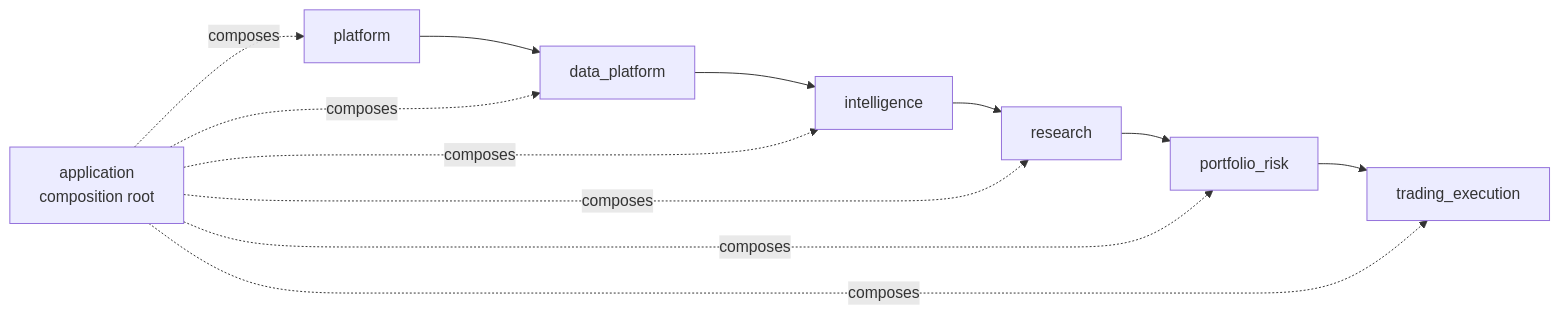
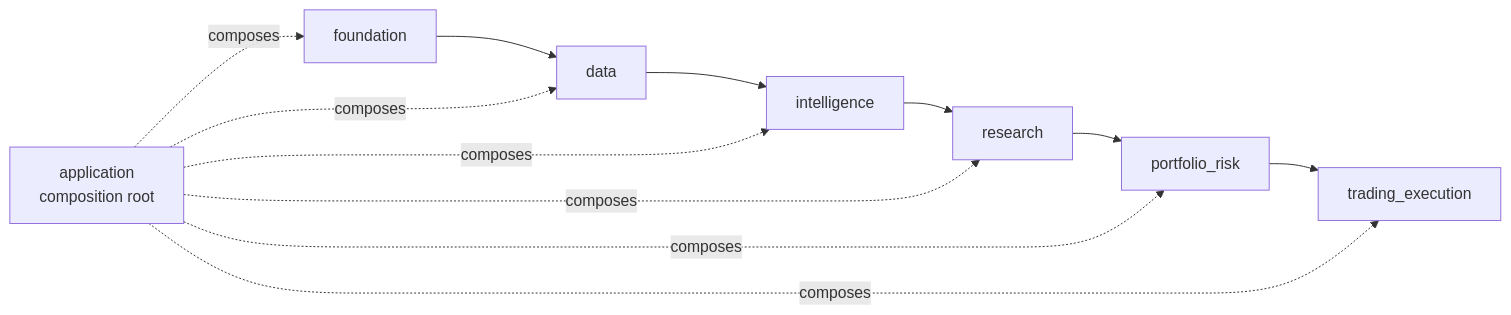
The diagram in docs/ARCHITECTURE.md (isqiwen/northstar-quant), drawn with Mermaid before and after one commit. The commit also changed other lines of this file and 502 other files, not shown here.

Commit message:
refactor: rename foundation and data modules

````diff
--- a/docs/ARCHITECTURE.md
+++ b/docs/ARCHITECTURE.md
@@ -25,18 +25,18 @@
 ```mermaid
 flowchart LR
-    P[platform]
-    D[data_platform]
+    F[foundation]
+    D[data]
     I[intelligence]
     R[research]
     PR[portfolio_risk]
     T[trading_execution]
     A[application\ncomposition root]
 
-    P --> D --> I --> R --> PR --> T
-    A -. composes .-> P
+    F --> D --> I --> R --> PR --> T
+    A -. composes .-> F
     A -. composes .-> D
     A -. composes .-> I
     A -. composes .-> R
     A -. composes .-> PR
     A -. composes .-> T
 ```
````
